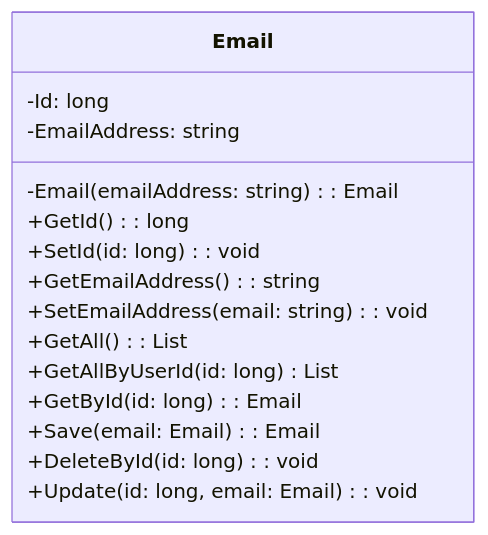
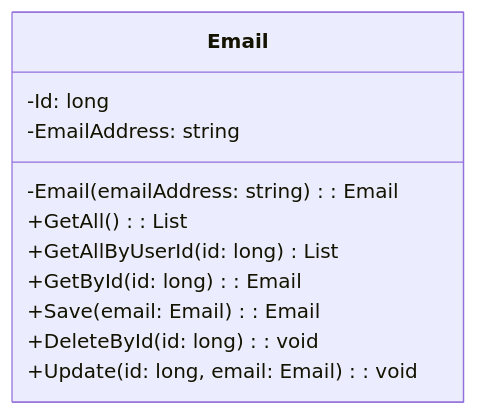
One commit to AndreLucas0/diagrama-de-classes-projeto-integrador changed the fourth of 17 diagrams in Classes.md. Above: the diagram before and after it, drawn with Mermaid. The commit also changed other lines of this file, not shown here.

Commit message:
diagrama de classes sem relacoes finalizado

````diff
--- a/Classes.md
+++ b/Classes.md
@@ -41,18 +35,14 @@
 ```mermaid
 classDiagram
     class Email {
         -Id: long
         -EmailAddress: string
         -Email (emailAddress: string): Email
-        +GetId (): long
-        +SetId (id: long): void
-        +GetEmailAddress (): string
-        +SetEmailAddress (email: string): void
         +GetAll (): List<Email>
         +GetAllByUserId (id: long) List<Email>
         +GetById (id: long): Email
         +Save (email: Email): Email
         +DeleteById (id: long): void
         +Update (id: long, email: Email): void
     }
 ```
````
